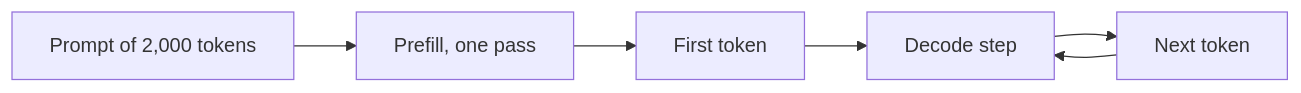
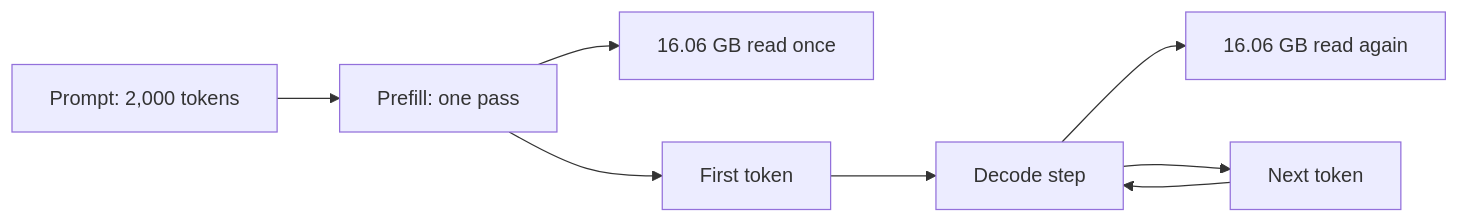
One commit to devweekends/Buildment changed the diagram in courses/ai-engineering-interview/11-inference-and-serving/11.02-prefill-and-decode.md. Above: the diagram before and after it, drawn with Mermaid. The commit also changed other lines of this file and 11 other files, not shown here.

````diff
--- a/courses/ai-engineering-interview/11-inference-and-serving/11.02-prefill-and-decode.md
+++ b/courses/ai-engineering-interview/11-inference-and-serving/11.02-prefill-and-decode.md
@@ -28,8 +28,10 @@
 ```mermaid
 flowchart LR
-  P[Prompt of 2,000 tokens] --> F[Prefill, one pass]
+  P[Prompt: 2,000 tokens] --> F[Prefill: one pass]
+  F --> FR[16.06 GB read once]
   F --> T[First token]
   T --> D[Decode step]
+  D --> DR[16.06 GB read again]
   D --> N[Next token]
   N --> D
 ```
````
